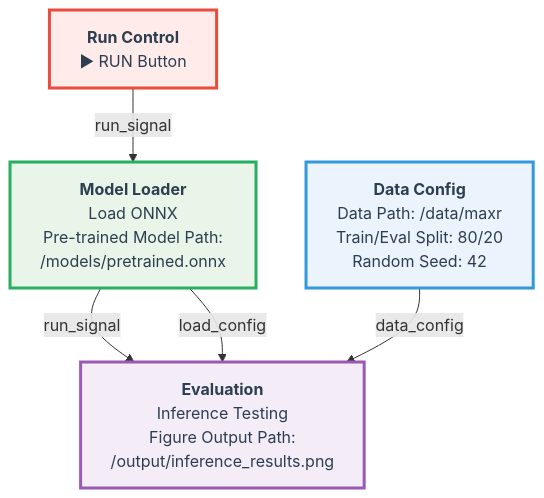
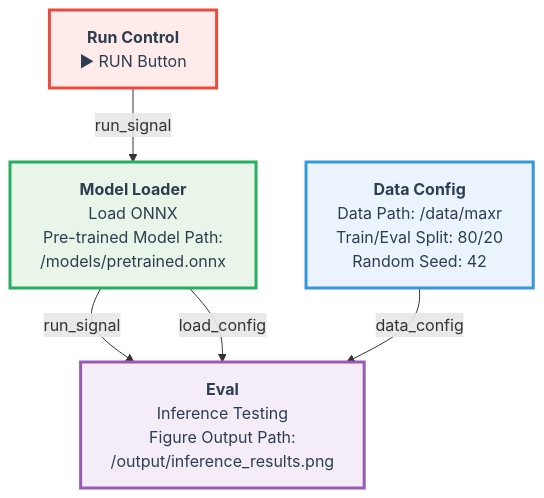
The diagram in doc/eval_pipeline.md (FilmakademieRnd/AnimHost), drawn with Mermaid before and after one commit. The commit also changed 4 other files, not shown here.

Commit message:
design doc v1 mermaid and code snippets

````diff
--- a/doc/eval_pipeline.md
+++ b/doc/eval_pipeline.md
@@ -3,25 +3,25 @@
 ```mermaid
 graph TD
     %% Evaluation Pipeline Nodes
     A2["<b>Run Control</b><br/>▶ RUN Button"]
     B2["<b>Data Config</b><br/>Data Path: /data/maxr<br/>Train/Eval Split: 80/20<br/>Random Seed: 42"]
     G["<b>Model Loader</b><br/>Load ONNX<br/>Pre-trained Model Path:<br/>/models/pretrained.onnx"]
-    H["<b>Evaluation</b><br/>Inference Testing<br/>Figure Output Path:<br/>/output/inference_results.png"]
+    H["<b>Eval</b><br/>Inference Testing<br/>Figure Output Path:<br/>/output/inference_results.png"]
     
     %% Evaluation Pipeline Connections
     A2 -->|run_signal| G
     G -->|run_signal| H
     G -->|load_config| H
     B2 -->|data_config| H
     
     %% Node Styling
     classDef runNode fill:#ffebea,stroke:#e74c3c,stroke-width:3px,color:#2c3e50
     classDef dataNode fill:#ebf3fd,stroke:#3498db,stroke-width:3px,color:#2c3e50
     classDef evalNode fill:#f4ecf7,stroke:#9b59b6,stroke-width:3px,color:#2c3e50
     classDef loaderNode fill:#e8f5e8,stroke:#27ae60,stroke-width:3px,color:#2c3e50
     
     class A2 runNode
     class B2 dataNode
     class H evalNode
     class G loaderNode
 ```
````
